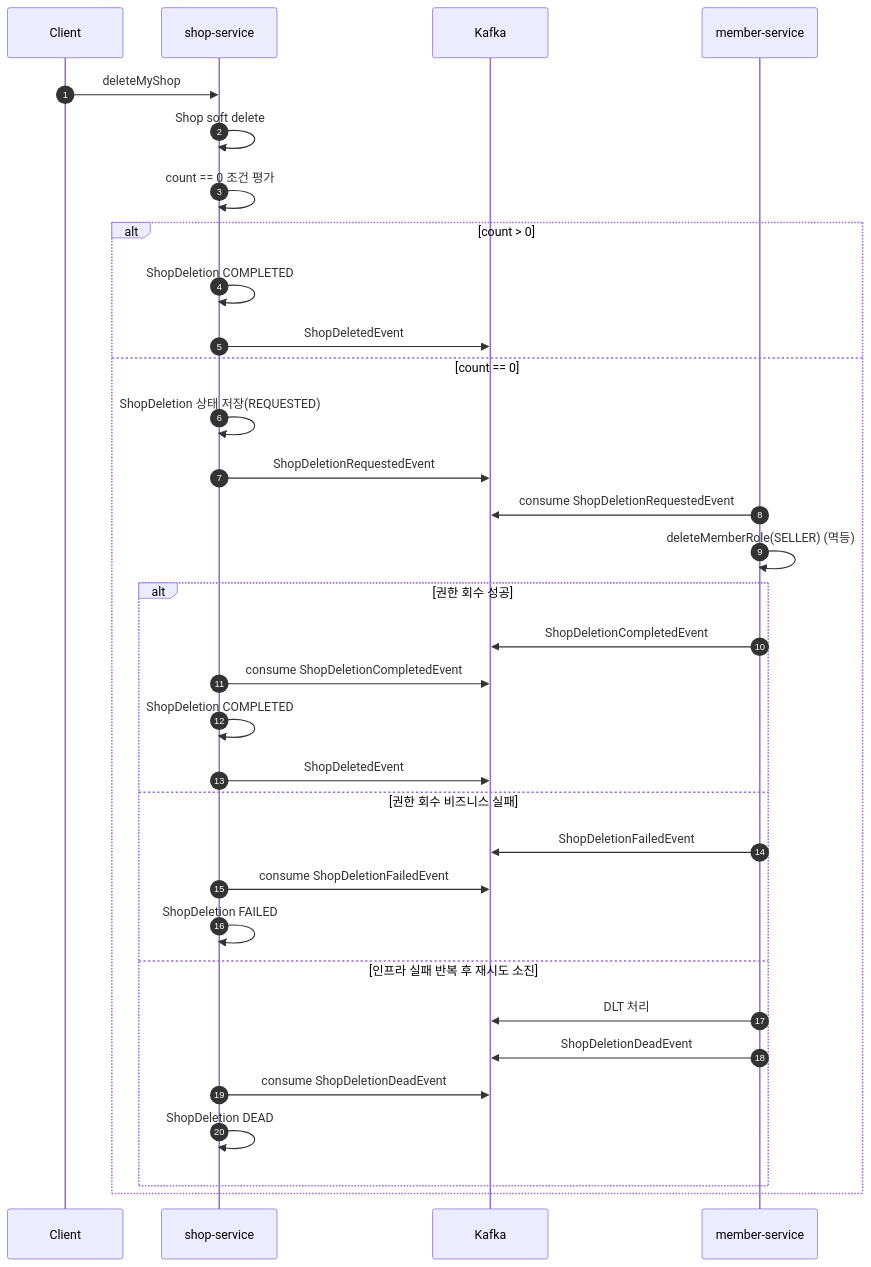
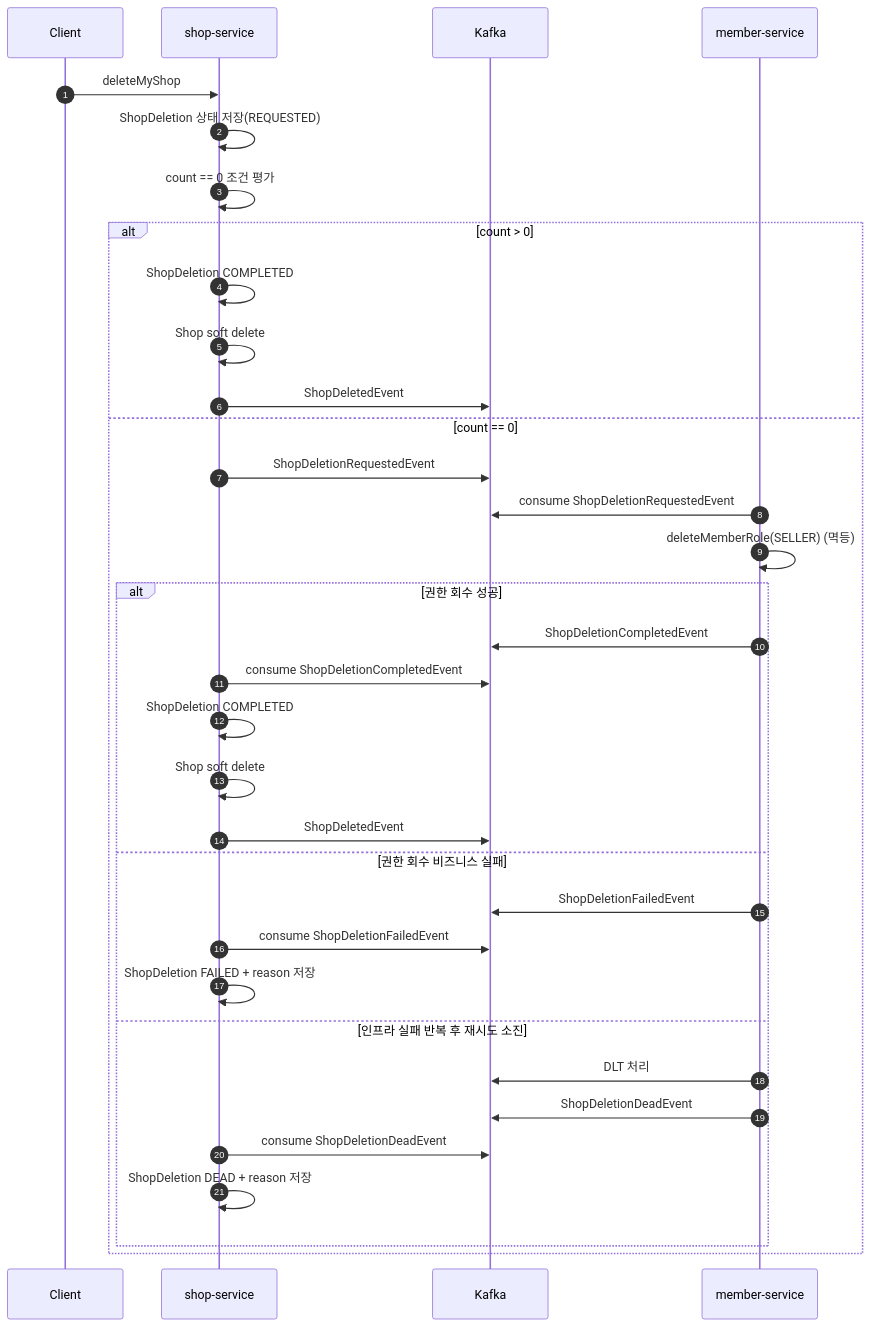
The diagram in shop-service/docs/shop_delete_saga_design.md (95twan/myroutine), drawn with Mermaid before and after one commit. The commit also changed other lines of this file and 22 other files, not shown here.

````diff
--- a/shop-service/docs/shop_delete_saga_design.md
+++ b/shop-service/docs/shop_delete_saga_design.md
@@ -150,36 +150,37 @@
 ```mermaid
 sequenceDiagram
     autonumber
     participant C as Client
     participant S as shop-service
     participant K as Kafka
     participant M as member-service
 
     C->>S: deleteMyShop
-    S->>S: Shop soft delete
+    S->>S: ShopDeletion 상태 저장(REQUESTED)
     S->>S: count == 0 조건 평가
     alt count > 0
         S->>S: ShopDeletion COMPLETED
+        S->>S: Shop soft delete
         S->>K: ShopDeletedEvent
     else count == 0
-        S->>S: ShopDeletion 상태 저장(REQUESTED)
         S->>K: ShopDeletionRequestedEvent
         M->>K: consume ShopDeletionRequestedEvent
         M->>M: deleteMemberRole(SELLER) (멱등)
         alt 권한 회수 성공
             M->>K: ShopDeletionCompletedEvent
             S->>K: consume ShopDeletionCompletedEvent
             S->>S: ShopDeletion COMPLETED
+            S->>S: Shop soft delete
             S->>K: ShopDeletedEvent
         else 권한 회수 비즈니스 실패
             M->>K: ShopDeletionFailedEvent
             S->>K: consume ShopDeletionFailedEvent
-            S->>S: ShopDeletion FAILED
+            S->>S: ShopDeletion FAILED + reason 저장
         else 인프라 실패 반복 후 재시도 소진
             M->>K: DLT 처리
             M->>K: ShopDeletionDeadEvent
             S->>K: consume ShopDeletionDeadEvent
-            S->>S: ShopDeletion DEAD
+            S->>S: ShopDeletion DEAD + reason 저장
         end
     end
 ```
````
